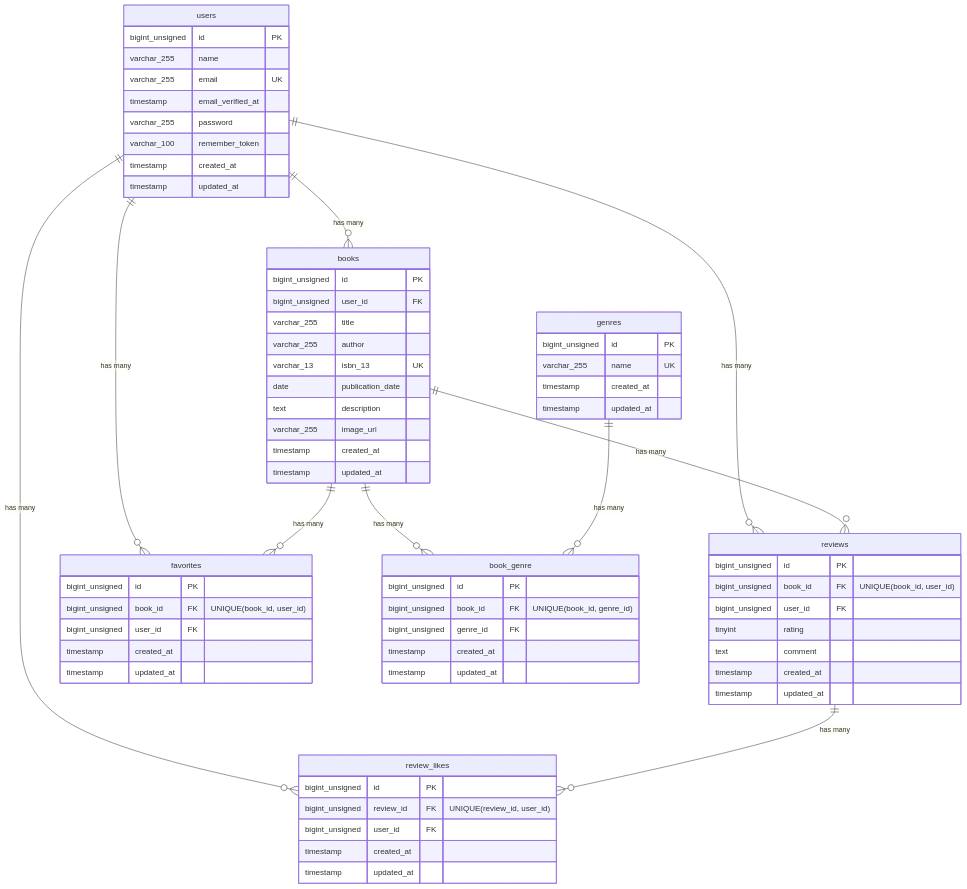
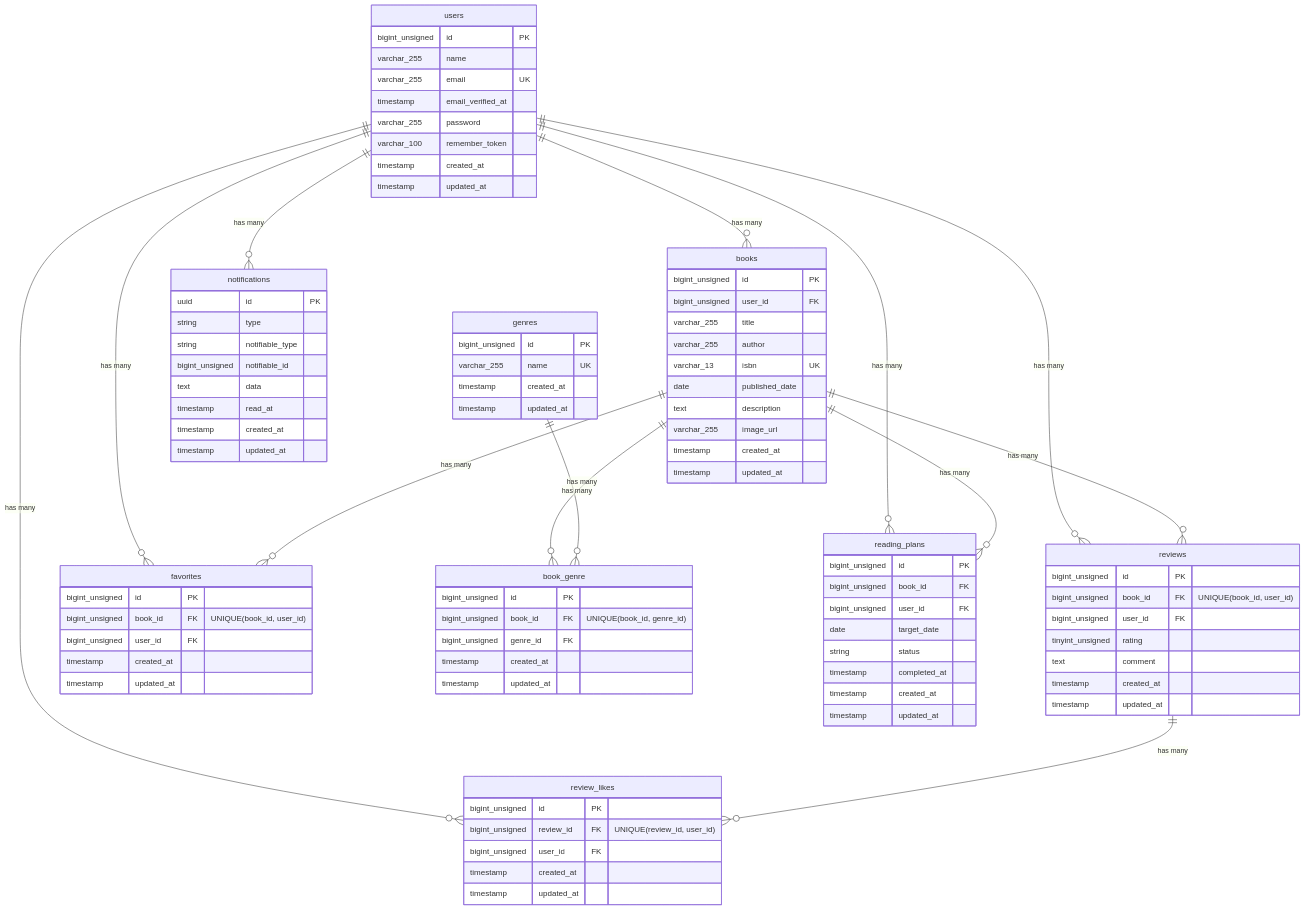
Before and after one commit to Tatsuya-Yamasaki1024/bookshelf-app: the diagram in docs/er.mmd, drawn with Mermaid. The commit also changed 2 other files, not shown here.

```diff
--- a/docs/er.mmd
+++ b/docs/er.mmd
@@ -1,78 +1,103 @@
 erDiagram
     users {
         bigint_unsigned id PK
         varchar_255 name
         varchar_255 email UK
         timestamp email_verified_at
         varchar_255 password
         varchar_100 remember_token
         timestamp created_at
         timestamp updated_at
     }
+    
+    genres {
+        bigint_unsigned id PK
+        varchar_255 name UK
+        timestamp created_at
+        timestamp updated_at
+    }
 
     books {
         bigint_unsigned id PK
         bigint_unsigned user_id FK
         varchar_255 title
         varchar_255 author
-        varchar_13 isbn_13 UK
-        date publication_date
+        varchar_13 isbn UK
+        date published_date
         text description
         varchar_255 image_url
-        timestamp created_at
-        timestamp updated_at
-    }
-
-    genres {
-        bigint_unsigned id PK
-        varchar_255 name UK
         timestamp created_at
         timestamp updated_at
     }
 
     reviews {
         bigint_unsigned id PK
         bigint_unsigned book_id FK "UNIQUE(book_id, user_id)"
         bigint_unsigned user_id FK
-        tinyint rating
+        tinyint_unsigned rating
         text comment
         timestamp created_at
         timestamp updated_at
     }
 
     favorites {
         bigint_unsigned id PK
         bigint_unsigned book_id FK "UNIQUE(book_id, user_id)"
         bigint_unsigned user_id FK
         timestamp created_at
         timestamp updated_at
     }
 
     review_likes {
         bigint_unsigned id PK
         bigint_unsigned review_id FK "UNIQUE(review_id, user_id)"
         bigint_unsigned user_id FK
         timestamp created_at
         timestamp updated_at
     }
 
     book_genre {
         bigint_unsigned id PK
         bigint_unsigned book_id FK "UNIQUE(book_id, genre_id)"
         bigint_unsigned genre_id FK
         timestamp created_at
         timestamp updated_at
     }
 
+    reading_plans {
+        bigint_unsigned id PK
+        bigint_unsigned book_id FK
+        bigint_unsigned user_id FK
+        date target_date
+        string status
+        timestamp completed_at
+        timestamp created_at
+        timestamp updated_at
+    }
+
+    notifications {
+        uuid id PK
+        string type
+        string notifiable_type
+        bigint_unsigned notifiable_id
+        text data
+        timestamp read_at
+        timestamp created_at
+        timestamp updated_at
+    }
+
     users ||--o{ books : "has many"
     users ||--o{ reviews : "has many"
+    users ||--o{ favorites : "has many"
+    users ||--o{ review_likes : "has many"
+    users ||--o{ reading_plans : "has many"
+    users ||--o{ notifications : "has many"
+
     books ||--o{ reviews : "has many"
+    books ||--o{ favorites : "has many"
+    books ||--o{ reading_plans : "has many"
 
-    users ||--o{ favorites : "has many"
-    books ||--o{ favorites : "has many"
-
-    users ||--o{ review_likes : "has many"
     reviews ||--o{ review_likes : "has many"
 
     books ||--o{ book_genre : "has many"
     genres ||--o{ book_genre : "has many"
```
